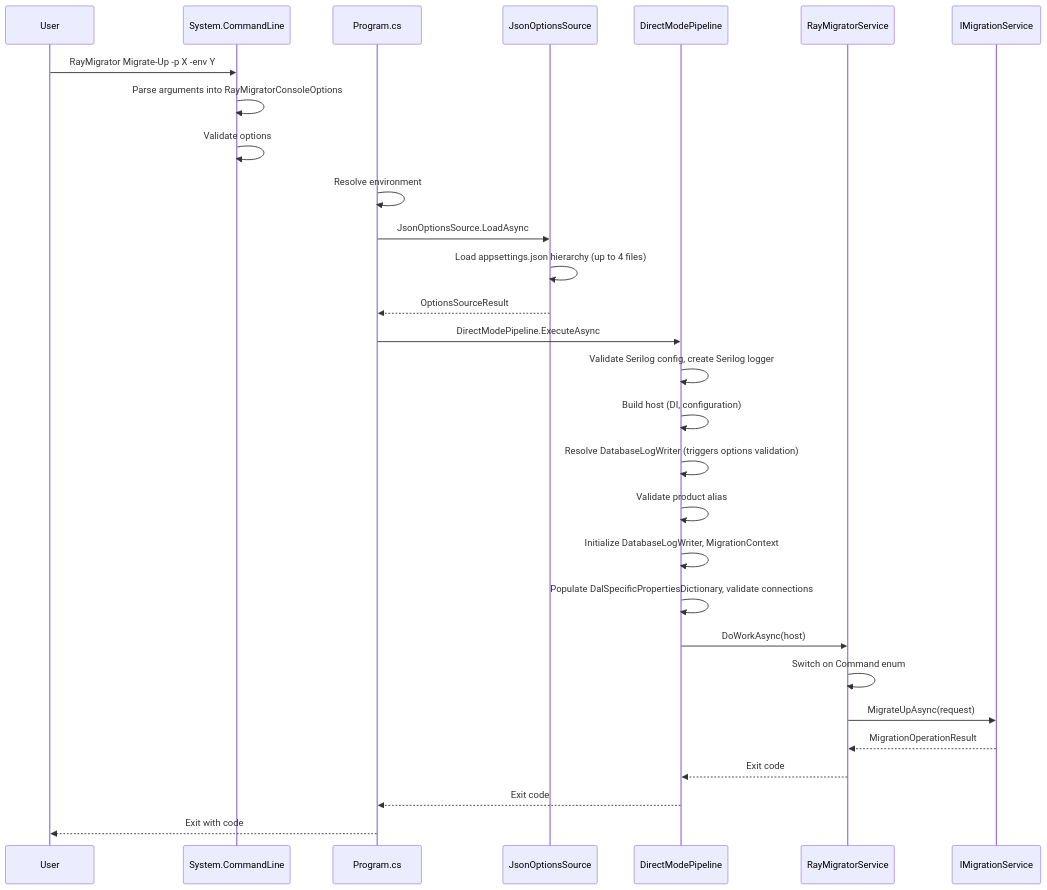
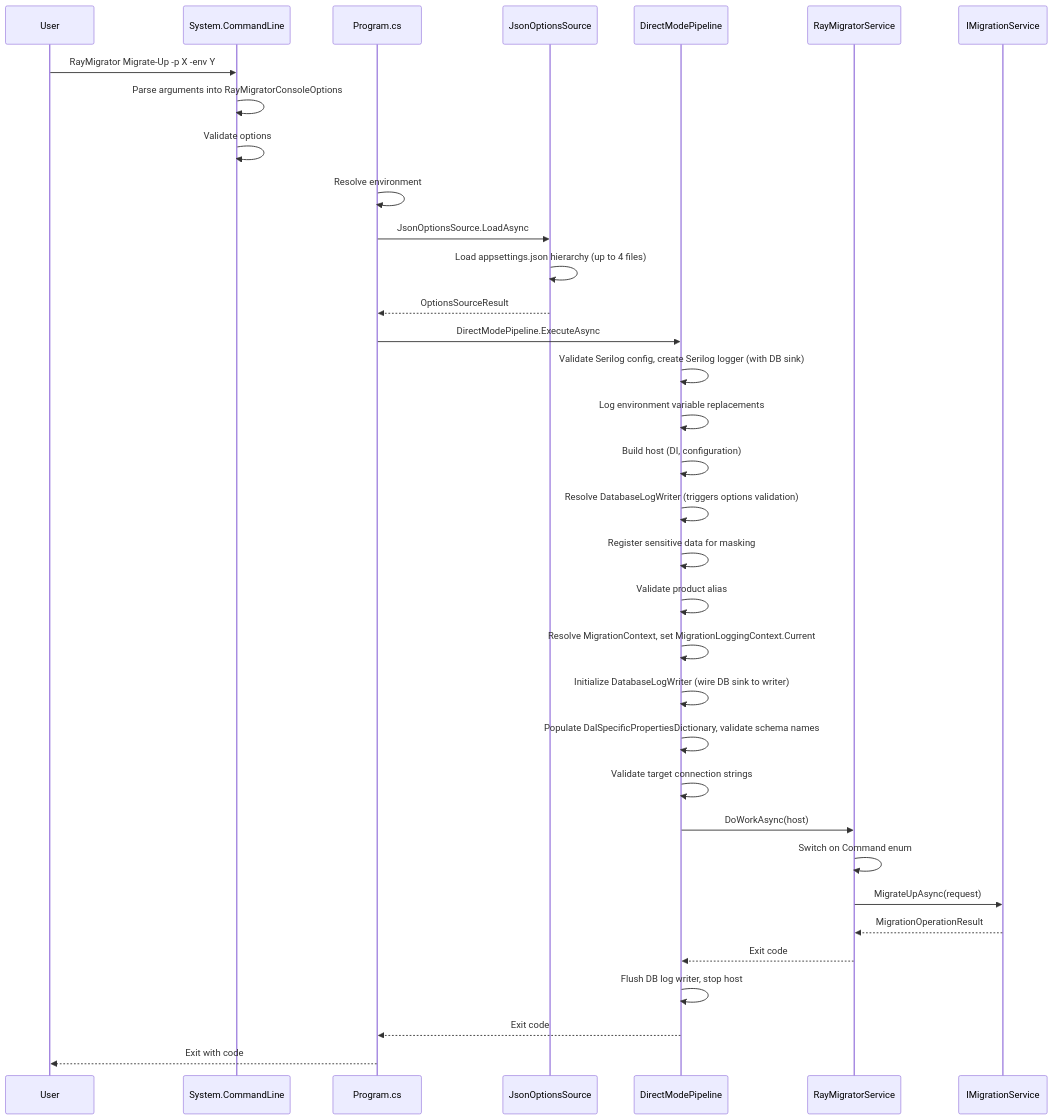
One commit to RAYCOON/RayMigrator changed the second of 2 diagrams in Docs/05-console-layer/command-structure.md. Above: the diagram before and after it, drawn with Mermaid. The commit also changed other lines of this file and 49 other files, not shown here.

First line of the commit message:
Sync Docs with codebase: MigrationRecordId rename, EnvironmentId FK, refreshed counts

````diff
--- a/Docs/05-console-layer/command-structure.md
+++ b/Docs/05-console-layer/command-structure.md
@@ -335,37 +342,42 @@
 ```mermaid
 sequenceDiagram
     participant User
     participant CLI as System.CommandLine
     participant Prog as Program.cs
     participant Src as JsonOptionsSource
     participant Pipeline as DirectModePipeline
     participant Svc as RayMigratorService
     participant Mig as IMigrationService
 
     User->>CLI: RayMigrator Migrate-Up -p X -env Y
     CLI->>CLI: Parse arguments into RayMigratorConsoleOptions
     CLI->>CLI: Validate options
 
     Prog->>Prog: Resolve environment
 
     Prog->>Src: JsonOptionsSource.LoadAsync
     Src->>Src: Load appsettings.json hierarchy (up to 4 files)
     Src-->>Prog: OptionsSourceResult
 
     Prog->>Pipeline: DirectModePipeline.ExecuteAsync
-    Pipeline->>Pipeline: Validate Serilog config, create Serilog logger
+    Pipeline->>Pipeline: Validate Serilog config, create Serilog logger (with DB sink)
+    Pipeline->>Pipeline: Log environment variable replacements
     Pipeline->>Pipeline: Build host (DI, configuration)
     Pipeline->>Pipeline: Resolve DatabaseLogWriter (triggers options validation)
+    Pipeline->>Pipeline: Register sensitive data for masking
     Pipeline->>Pipeline: Validate product alias
-    Pipeline->>Pipeline: Initialize DatabaseLogWriter, MigrationContext
-    Pipeline->>Pipeline: Populate DalSpecificPropertiesDictionary, validate connections
+    Pipeline->>Pipeline: Resolve MigrationContext, set MigrationLoggingContext.Current
+    Pipeline->>Pipeline: Initialize DatabaseLogWriter (wire DB sink to writer)
+    Pipeline->>Pipeline: Populate DalSpecificPropertiesDictionary, validate schema names
+    Pipeline->>Pipeline: Validate target connection strings
 
     Pipeline->>Svc: DoWorkAsync(host)
     Svc->>Svc: Switch on Command enum
     Svc->>Mig: MigrateUpAsync(request)
     Mig-->>Svc: MigrationOperationResult
     Svc-->>Pipeline: Exit code
 
+    Pipeline->>Pipeline: Flush DB log writer, stop host
     Pipeline-->>Prog: Exit code
     Prog-->>User: Exit with code
 ```
````
